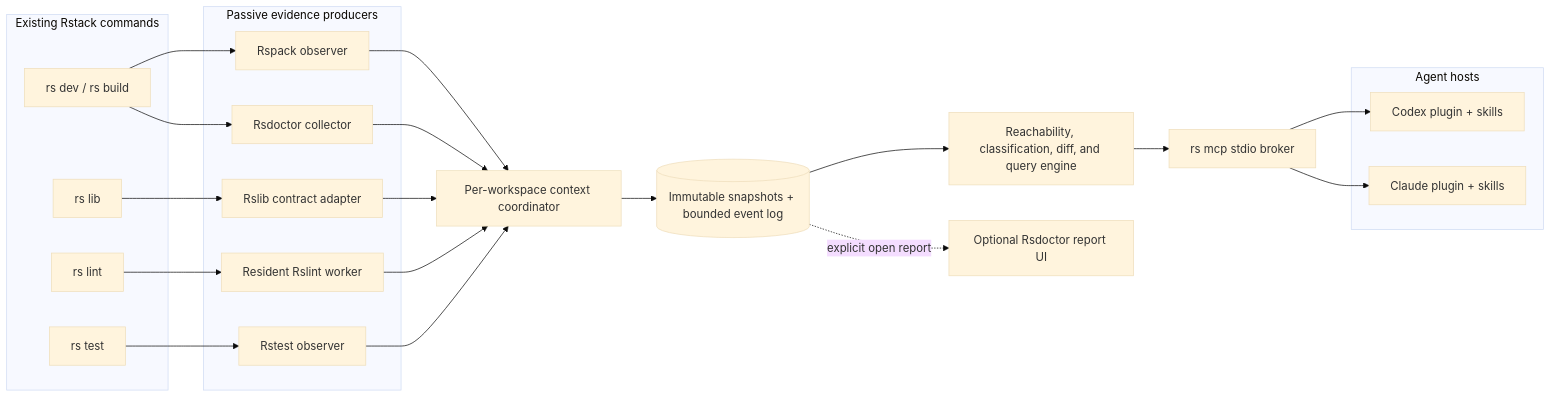
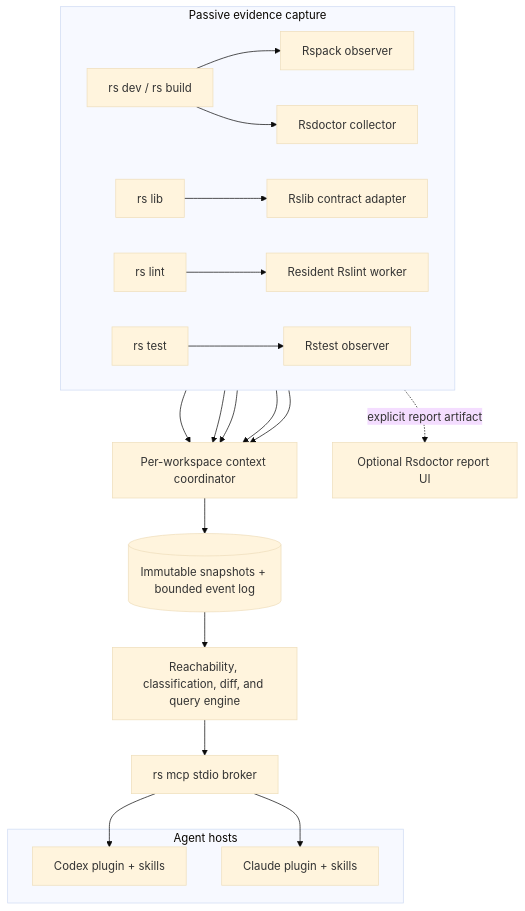
Before and after one commit to rstackjs/rstack-cli: the first of 10 diagrams in docs/rfcs/0001-rstack-context-engine.md, drawn with Mermaid (base theme). The commit also changed other lines of this file, not shown here.

Commit message:
docs: improve RFC architecture diagrams

````diff
--- a/docs/rfcs/0001-rstack-context-engine.md
+++ b/docs/rfcs/0001-rstack-context-engine.md
@@ -138,47 +138,35 @@
 ```mermaid
-flowchart LR
-  subgraph Commands["Existing Rstack commands"]
-    Build["rs dev / rs build"]
-    Lib["rs lib"]
-    Lint["rs lint"]
-    Test["rs test"]
-  end
-
-  subgraph Producers["Passive evidence producers"]
-    Rspack["Rspack observer"]
-    Doctor["Rsdoctor collector"]
-    Rslib["Rslib contract adapter"]
-    Rslint["Resident Rslint worker"]
-    Rstest["Rstest observer"]
+flowchart TB
+  subgraph Capture["Passive evidence capture"]
+    direction LR
+    Build["rs dev / rs build"] --> Rspack["Rspack observer"]
+    Build --> Doctor["Rsdoctor collector"]
+    Lib["rs lib"] --> Rslib["Rslib contract adapter"]
+    Lint["rs lint"] --> Rslint["Resident Rslint worker"]
+    Test["rs test"] --> Rstest["Rstest observer"]
   end
 
   Coordinator["Per-workspace context coordinator"]
   Store[("Immutable snapshots + bounded event log")]
   Query["Reachability, classification, diff, and query engine"]
   Broker["rs mcp stdio broker"]
 
   subgraph Hosts["Agent hosts"]
     Codex["Codex plugin + skills"]
     Claude["Claude plugin + skills"]
   end
 
   OptionalUI["Optional Rsdoctor report UI"]
 
-  Build --> Rspack
-  Build --> Doctor
-  Lib --> Rslib
-  Lint --> Rslint
-  Test --> Rstest
-
   Rspack --> Coordinator
   Doctor --> Coordinator
   Rslib --> Coordinator
   Rslint --> Coordinator
   Rstest --> Coordinator
   Coordinator --> Store
   Store --> Query
   Query --> Broker
   Broker --> Codex
   Broker --> Claude
-  Store -. "explicit open report" .-> OptionalUI
+  Doctor -. "explicit report artifact" .-> OptionalUI
 ```
````
